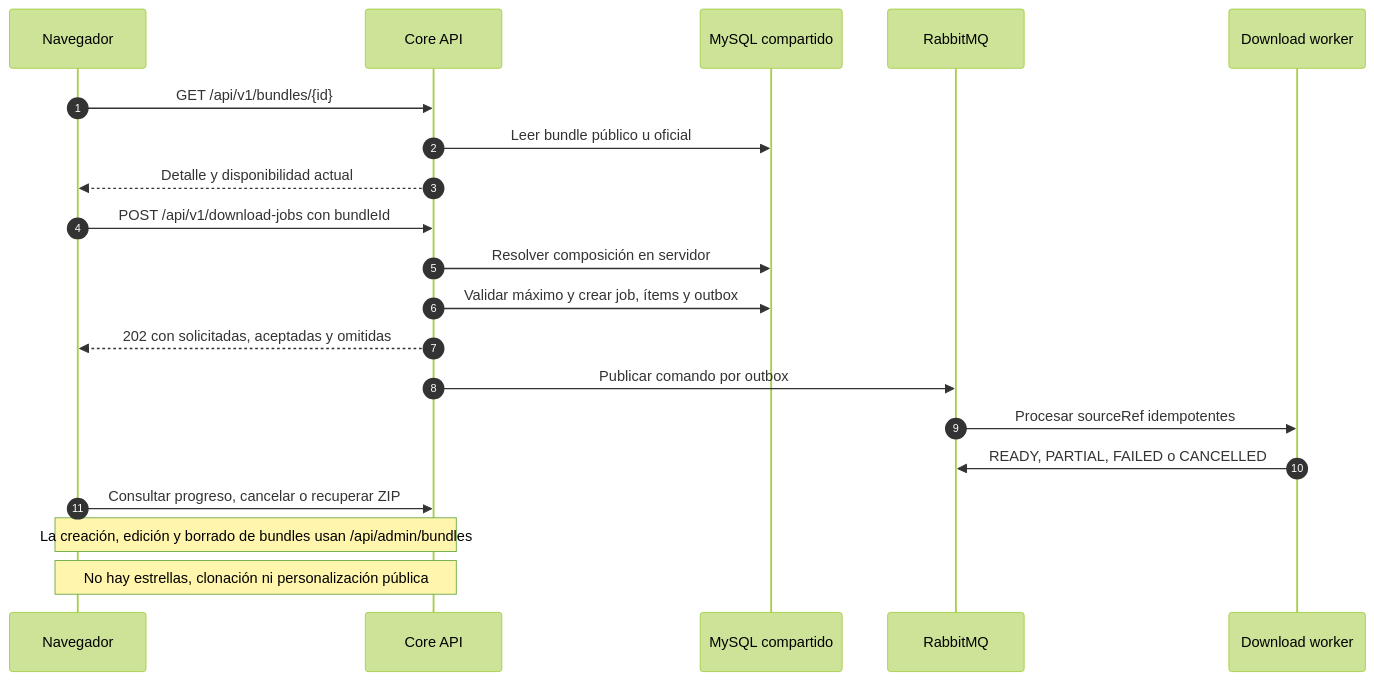
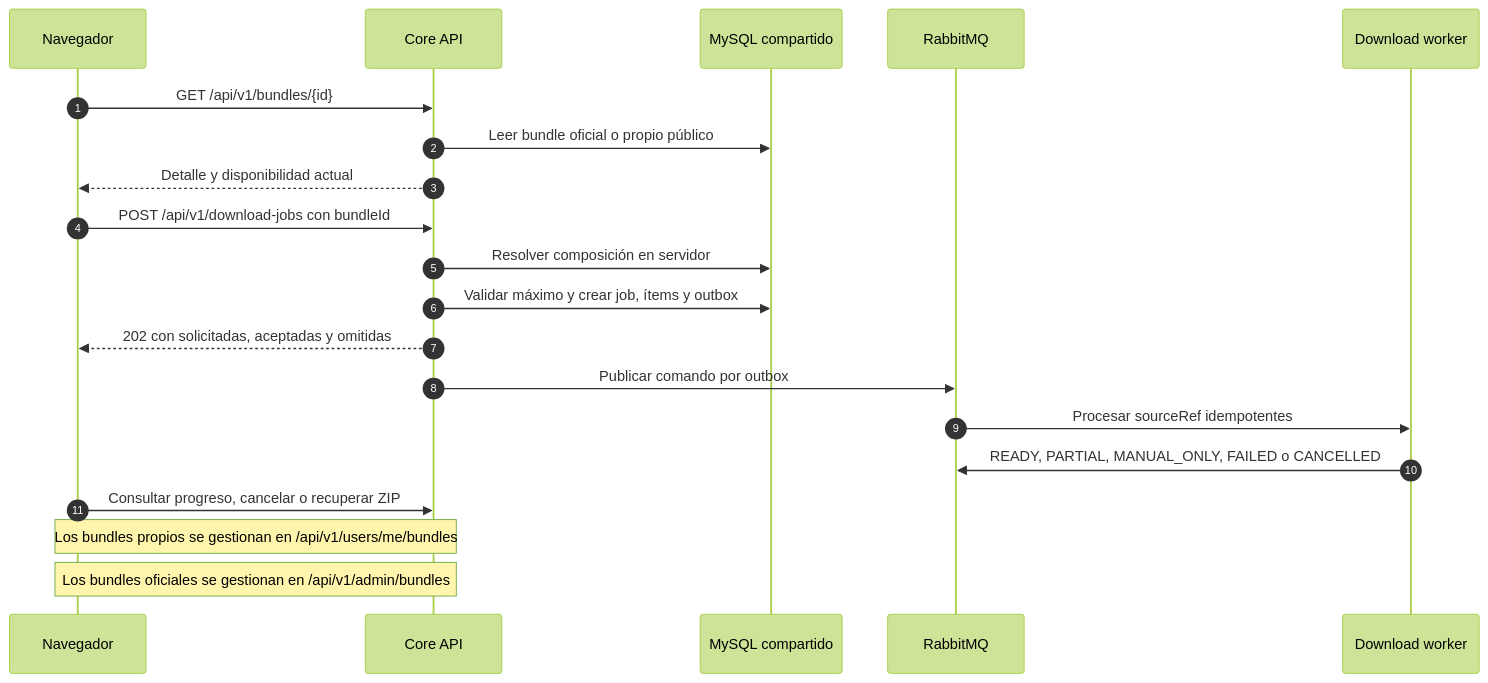
The diagram in diagrams/sequenceDiagram_bundle.mmd (Joseleelsuper/Batch-Downloader-Memoria), drawn with Mermaid (forest theme) before and after one commit. The commit also changed 34 other files, not shown here.

```diff
--- a/diagrams/sequenceDiagram_bundle.mmd
+++ b/diagrams/sequenceDiagram_bundle.mmd
@@ -1,22 +1,22 @@
 sequenceDiagram
     autonumber
     participant B as Navegador
     participant C as Core API
     participant D as MySQL compartido
     participant Q as RabbitMQ
     participant W as Download worker
 
     B->>C: GET /api/v1/bundles/{id}
-    C->>D: Leer bundle público u oficial
+    C->>D: Leer bundle oficial o propio público
     C-->>B: Detalle y disponibilidad actual
     B->>C: POST /api/v1/download-jobs con bundleId
     C->>D: Resolver composición en servidor
     C->>D: Validar máximo y crear job, ítems y outbox
     C-->>B: 202 con solicitadas, aceptadas y omitidas
     C->>Q: Publicar comando por outbox
     Q->>W: Procesar sourceRef idempotentes
-    W->>Q: READY, PARTIAL, FAILED o CANCELLED
+    W->>Q: READY, PARTIAL, MANUAL_ONLY, FAILED o CANCELLED
     B->>C: Consultar progreso, cancelar o recuperar ZIP
 
-    Note over B,C: La creación, edición y borrado de bundles usan /api/admin/bundles
-    Note over B,C: No hay estrellas, clonación ni personalización pública
+    Note over B,C: Los bundles propios se gestionan en /api/v1/users/me/bundles
+    Note over B,C: Los bundles oficiales se gestionan en /api/v1/admin/bundles
```
